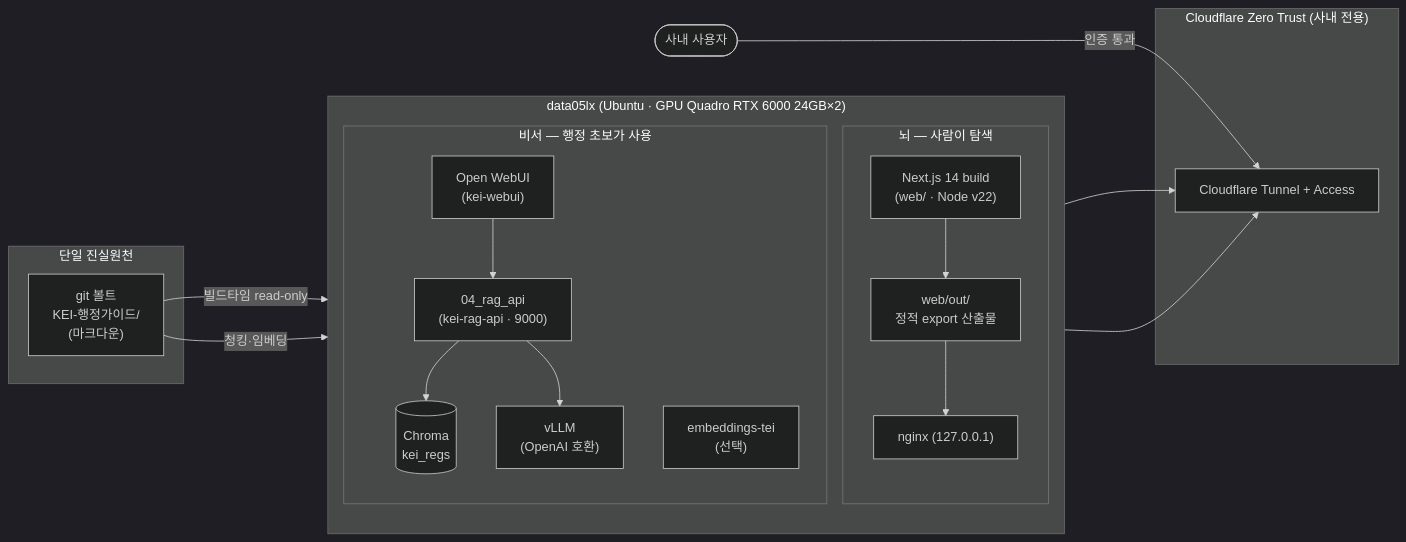
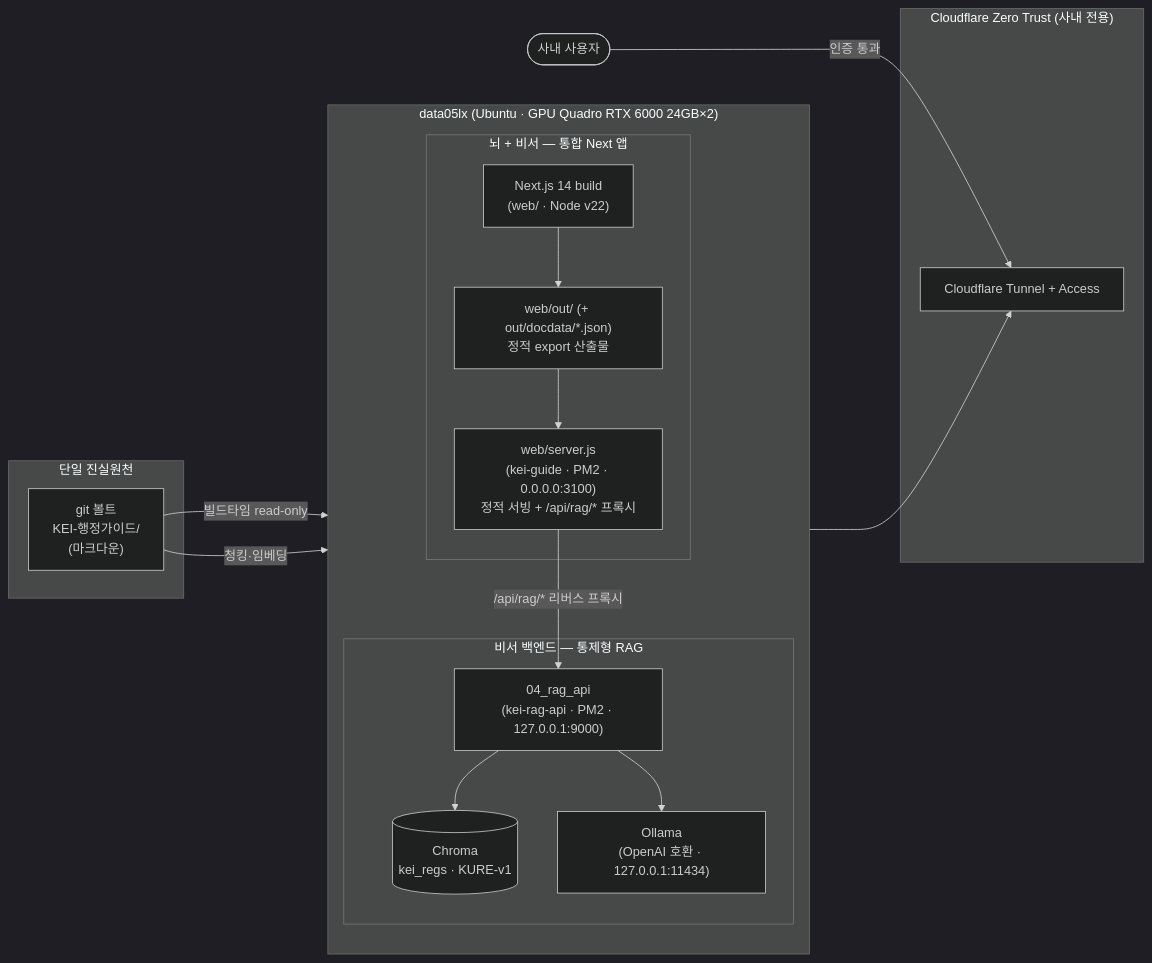
One commit to mooner92/KEIAdminSuperv changed the first of 4 diagrams in docs/06-deployment.md. Above: the diagram before and after it, drawn with Mermaid (dark theme). The commit also changed other lines of this file and 4 other files, not shown here.

First line of the commit message:
docs: vLLM→Ollama 현실 반영 + 비서 통합·필터·드로어·PM2 배포 정합화

````diff
--- a/docs/06-deployment.md
+++ b/docs/06-deployment.md
@@ -12,40 +12,38 @@
 ```mermaid
 flowchart LR
     subgraph SoT["단일 진실원천"]
         VAULT["git 볼트<br/>KEI-행정가이드/<br/>(마크다운)"]
     end
 
     subgraph HOST["data05lx (Ubuntu · GPU Quadro RTX 6000 24GB×2)"]
         direction TB
 
-        subgraph BRAIN["뇌 — 사람이 탐색"]
+        subgraph BRAIN["뇌 + 비서 — 통합 Next 앱"]
             NBUILD["Next.js 14 build<br/>(web/ · Node v22)"]
-            OUT["web/out/<br/>정적 export 산출물"]
-            NGINX["nginx (127.0.0.1)"]
-            NBUILD --> OUT --> NGINX
+            OUT["web/out/ (+ out/docdata/*.json)<br/>정적 export 산출물"]
+            SERVER["web/server.js<br/>(kei-guide · PM2 · 0.0.0.0:3100)<br/>정적 서빙 + /api/rag/* 프록시"]
+            NBUILD --> OUT --> SERVER
         end
 
-        subgraph SECRETARY["비서 — 행정 초보가 사용"]
-            WEBUI["Open WebUI<br/>(kei-webui)"]
-            RAGAPI["04_rag_api<br/>(kei-rag-api · 9000)"]
-            TEI["embeddings-tei<br/>(선택)"]
-            CHROMA[("Chroma<br/>kei_regs")]
-            VLLM["vLLM<br/>(OpenAI 호환)"]
-            WEBUI --> RAGAPI
+        subgraph SECRETARY["비서 백엔드 — 통제형 RAG"]
+            RAGAPI["04_rag_api<br/>(kei-rag-api · PM2 · 127.0.0.1:9000)"]
+            CHROMA[("Chroma<br/>kei_regs · KURE-v1")]
+            OLLAMA["Ollama<br/>(OpenAI 호환 · 127.0.0.1:11434)"]
             RAGAPI --> CHROMA
-            RAGAPI --> VLLM
+            RAGAPI --> OLLAMA
         end
+
+        SERVER -->|/api/rag/* 리버스 프록시| RAGAPI
     end
 
     subgraph CF["Cloudflare Zero Trust (사내 전용)"]
         TUNNEL["Cloudflare Tunnel + Access"]
     end
 
     VAULT -->|빌드타임 read-only| NBUILD
     VAULT -->|청킹·임베딩| CHROMA
 
-    NGINX --> TUNNEL
-    WEBUI --> TUNNEL
+    SERVER --> TUNNEL
 
     USER(["사내 사용자"]) -->|인증 통과| TUNNEL
 ```
````
